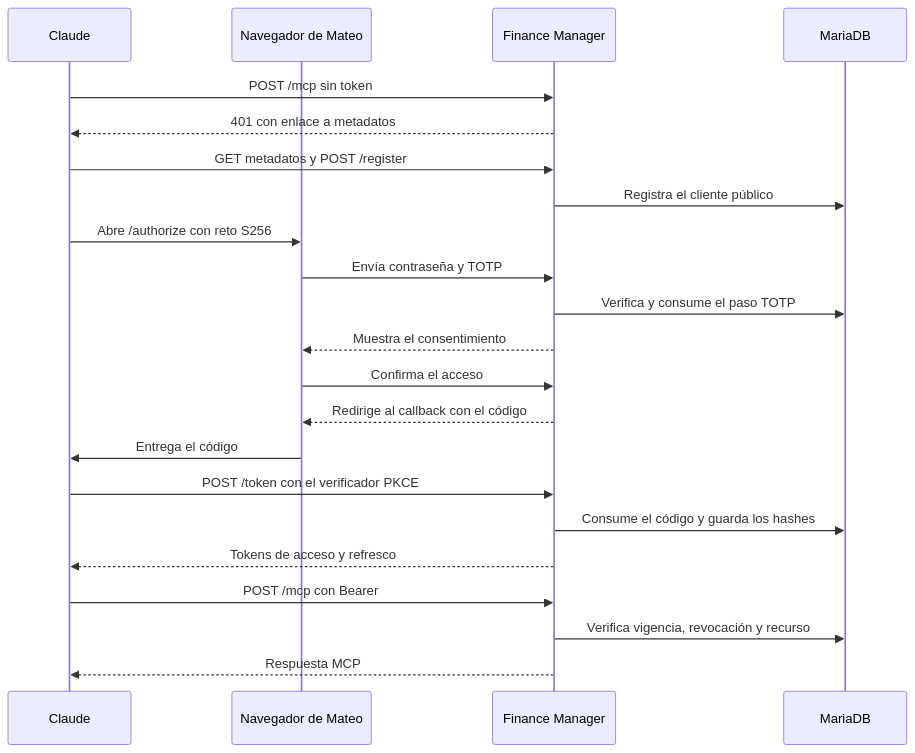
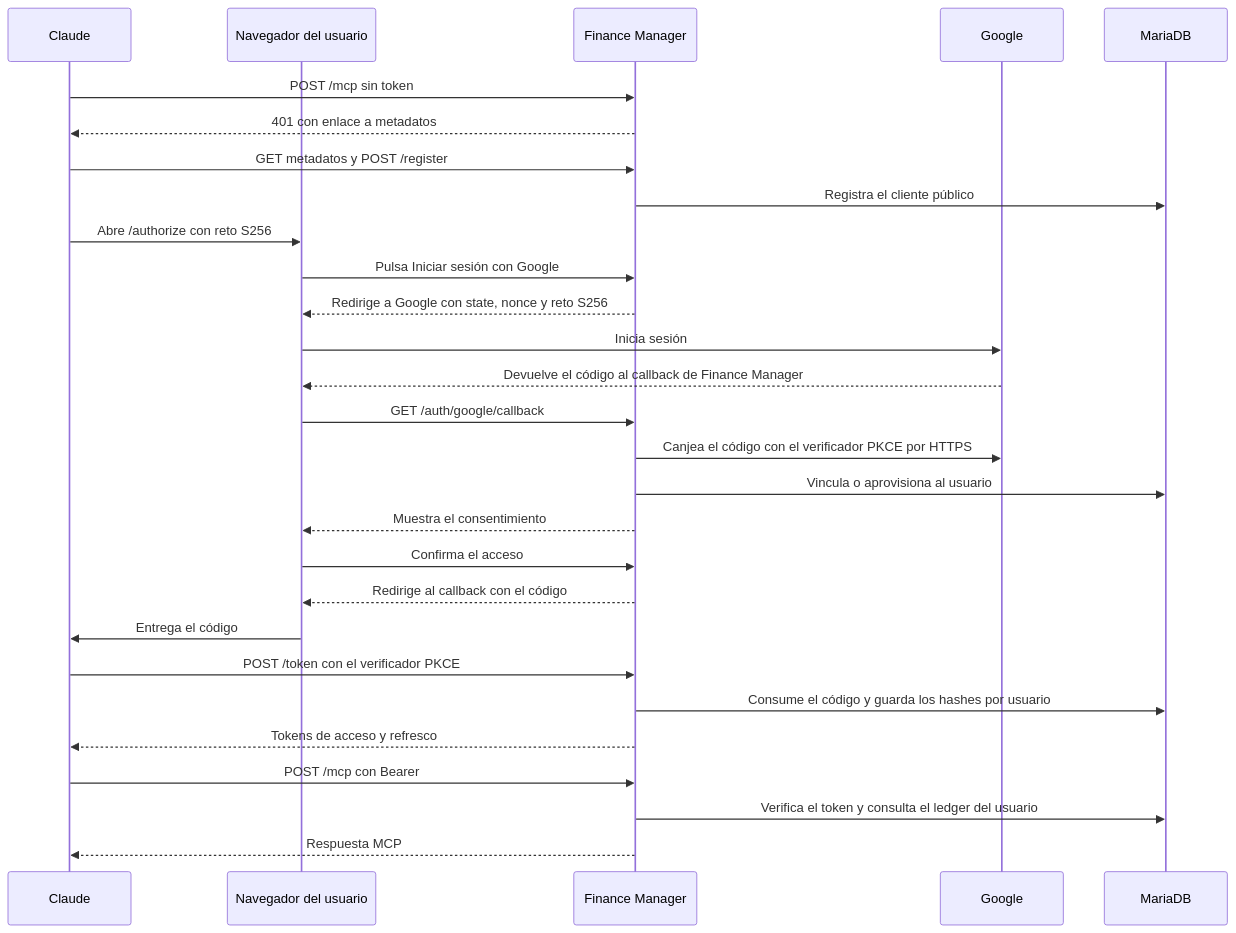
The diagram in docs/arquitectura/arquitectura.md (wontero/finance-manager), drawn with Mermaid before and after one commit. The commit also changed other lines of this file and 41 other files, not shown here.

Commit message:
M-022: vincula Google y Claude con sesiones por usuario

````diff
--- a/docs/arquitectura/arquitectura.md
+++ b/docs/arquitectura/arquitectura.md
@@ -23,24 +23,30 @@
 ```mermaid
 sequenceDiagram
     participant C as Claude
-    participant N as Navegador de Mateo
+    participant N as Navegador del usuario
     participant F as Finance Manager
+    participant G as Google
     participant B as MariaDB
     C->>F: POST /mcp sin token
     F-->>C: 401 con enlace a metadatos
     C->>F: GET metadatos y POST /register
     F->>B: Registra el cliente público
     C->>N: Abre /authorize con reto S256
-    N->>F: Envía contraseña y TOTP
-    F->>B: Verifica y consume el paso TOTP
+    N->>F: Pulsa Iniciar sesión con Google
+    F-->>N: Redirige a Google con state, nonce y reto S256
+    N->>G: Inicia sesión
+    G-->>N: Devuelve el código al callback de Finance Manager
+    N->>F: GET /auth/google/callback
+    F->>G: Canjea el código con el verificador PKCE por HTTPS
+    F->>B: Vincula o aprovisiona al usuario
     F-->>N: Muestra el consentimiento
     N->>F: Confirma el acceso
     F-->>N: Redirige al callback con el código
     N->>C: Entrega el código
     C->>F: POST /token con el verificador PKCE
-    F->>B: Consume el código y guarda los hashes
+    F->>B: Consume el código y guarda los hashes por usuario
     F-->>C: Tokens de acceso y refresco
     C->>F: POST /mcp con Bearer
-    F->>B: Verifica vigencia, revocación y recurso
+    F->>B: Verifica el token y consulta el ledger del usuario
     F-->>C: Respuesta MCP
 ```
````
